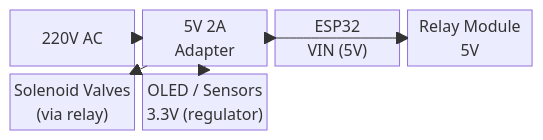
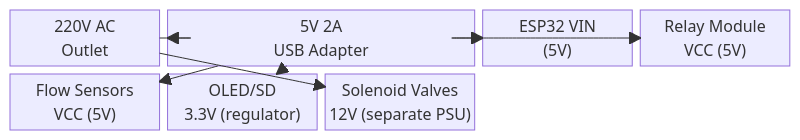
One commit to qppd/wmldad changed the second of 3 diagrams in docs/block-diagram.md. Above: the diagram before and after it, drawn with Mermaid. The commit also changed other lines of this file and 14 other files, not shown here.

First line of the commit message:
Complete documentation overhaul: ESP32→Firebase→PythonAnywhere→XGBoost architecture

````diff
--- a/docs/block-diagram.md
+++ b/docs/block-diagram.md
@@ -108,10 +174,26 @@
 ```mermaid
 block-beta
-    columns 4
+    columns 5
     
-    AC["220V AC"] --> PSU["5V 2A<br/>Adapter"]
-    PSU --> ESPV["ESP32<br/>VIN (5V)"]
-    PSU --> RELAYV["Relay Module<br/>5V"]
-    PSU --> VALVEV["Solenoid Valves<br/>(via relay)"]
-    PSU --> OLEDV["OLED / Sensors<br/>3.3V (regulator)"]
+    AC["220V AC<br/>Outlet"]:1
+    
+    PSU["5V 2A<br/>USB Adapter"]:2
+    
+    ESPV["ESP32 VIN<br/>(5V)"]:1
+    
+    RelayV["Relay Module<br/>VCC (5V)"]:1
+    
+    SensorV["Flow Sensors<br/>VCC (5V)"]:1
+    
+    OLEDV["OLED/SD<br/>3.3V (regulator)"]:1
+    
+    Valves12["Solenoid Valves<br/>12V (separate PSU)"]:1
+    
+    AC --> PSU
+    PSU --> ESPV
+    PSU --> RelayV
+    PSU --> SensorV
+    PSU --> OLEDV
+    
+    AC --> Valves12
 ```
````
